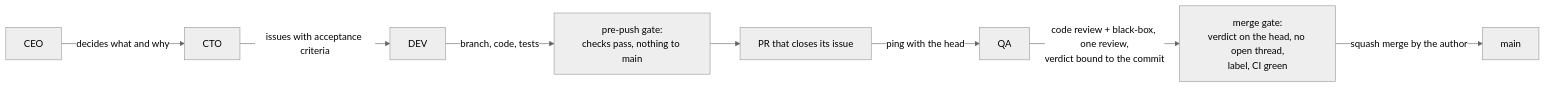
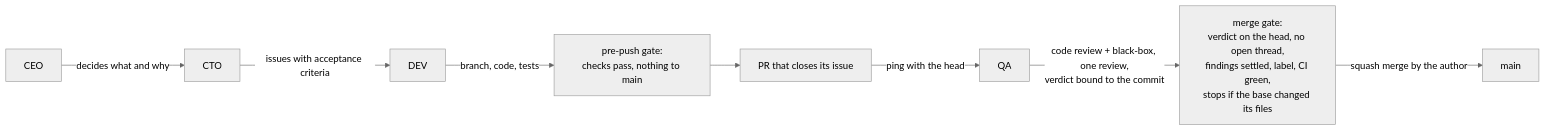
One commit to gzurl/agent-squad changed the diagram in README.md. Above: the diagram before and after it, drawn with Mermaid (neutral theme). The commit also changed other lines of this file and 8 other files, not shown here.

````diff
--- a/README.md
+++ b/README.md
@@ -68,10 +69,10 @@
 ```mermaid
 flowchart LR
   CEO -- "decides what and why" --> CTO
   CTO -- "issues with acceptance criteria" --> DEV
   DEV -- "branch, code, tests" --> PUSH["pre-push gate:<br/>checks pass, nothing to main"]
   PUSH --> PR["PR that closes its issue"]
   PR -- "ping with the head" --> QA
-  QA -- "code review + black-box, one review,<br/>verdict bound to the commit" --> MERGE["merge gate:<br/>verdict on the head, no open thread,<br/>label, CI green"]
+  QA -- "code review + black-box, one review,<br/>verdict bound to the commit" --> MERGE["merge gate:<br/>verdict on the head, no open thread,<br/>findings settled, label, CI green,<br/>stops if the base changed its files"]
   MERGE -- "squash merge by the author" --> MAIN["main"]
 ```
````
